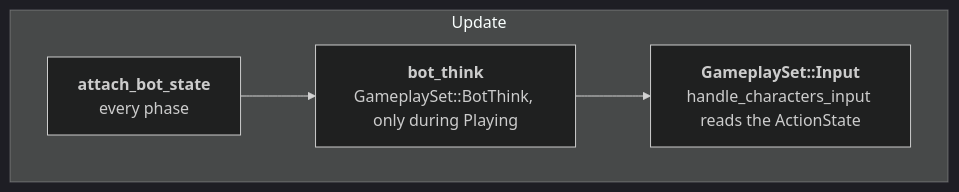
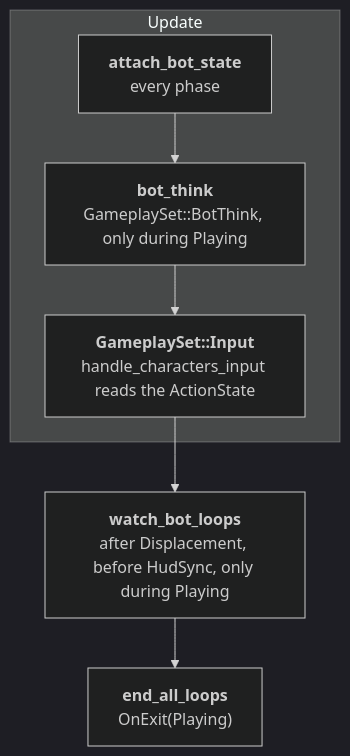
One commit to neurosoup/tyled changed the second of 12 diagrams in backlog/docs/doc-20 - 018-Bot-plugin.md. Above: the diagram before and after it, drawn with Mermaid. The commit also changed other lines of this file and 8 other files, not shown here.

First line of the commit message:
Feat: Stop bot ramming, shorten bot rallies and report bot loops

````diff
--- a/backlog/docs/doc-20 - 018-Bot-plugin.md
+++ b/backlog/docs/doc-20 - 018-Bot-plugin.md
@@ -86,20 +89,27 @@
 ```mermaid
 ---
 config:
   theme: dark
 ---
 
 flowchart TD
 
 subgraph update ["Update"]
   attach_bot_state["`**attach_bot_state**
   every phase`"]
   bot_think["`**bot_think**
   GameplaySet::BotThink, only during Playing`"]
   input["`**GameplaySet::Input**
   handle_characters_input reads the ActionState`"]
 end
 
 attach_bot_state --> bot_think
 bot_think --> input
+
+watch["`**watch_bot_loops**
+after Displacement, before HudSync, only during Playing`"]
+exit["`**end_all_loops**
+OnExit(Playing)`"]
+input --> watch
+watch --> exit
 ```
````
